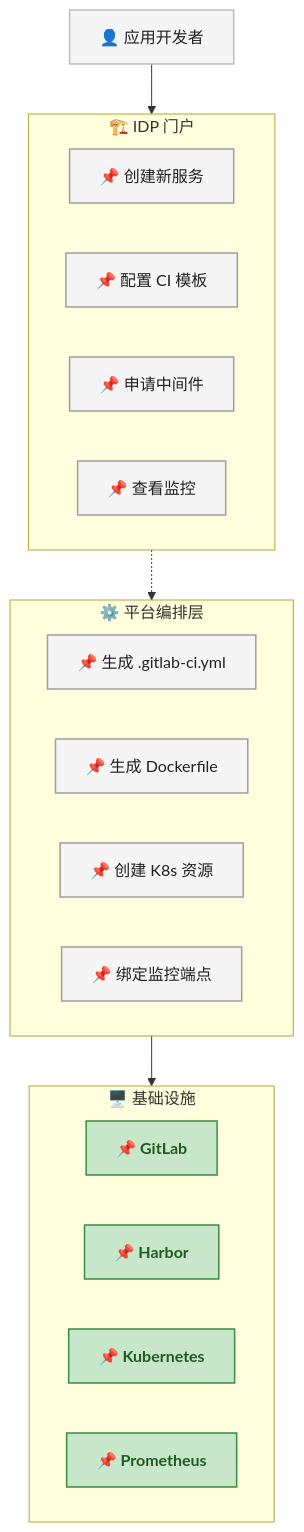
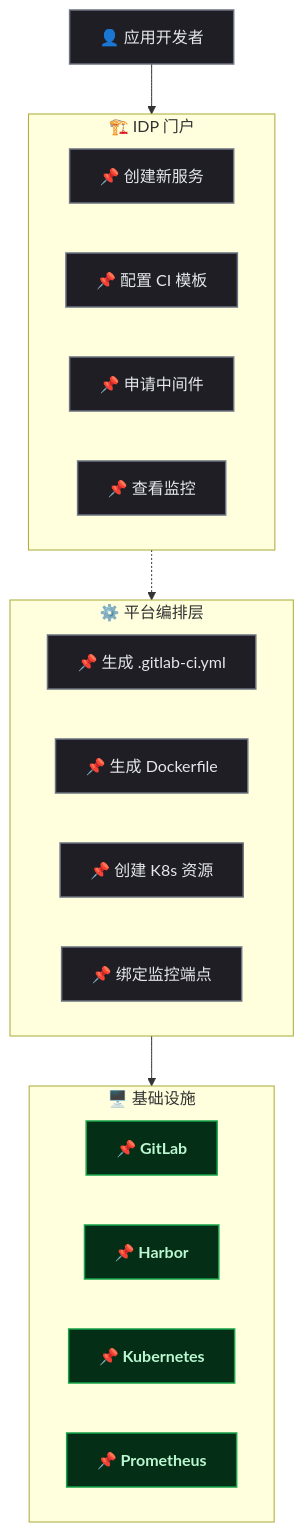
One commit to yaocat55/yaocat55.github.io changed the third of 4 diagrams in content/posts/cicd/DevPlatformMicroserviceCollaboration.md. Above: the diagram before and after it, drawn with Mermaid. The commit also changed other lines of this file and 155 other files, not shown here.

````diff
--- a/content/posts/cicd/DevPlatformMicroserviceCollaboration.md
+++ b/content/posts/cicd/DevPlatformMicroserviceCollaboration.md
@@ -319,28 +319,28 @@
 ```mermaid
 flowchart TD
     D1[👤 应用开发者]:::leaf --> Portal
     subgraph Portal["🏗️ IDP 门户"]
         P1[📌 创建新服务]:::process
         P2[📌 配置 CI 模板]:::process
         P3[📌 申请中间件]:::process
         P4[📌 查看监控]:::process
     end
     Portal -.-> Orchestrator
     subgraph Orchestrator["⚙️ 平台编排层"]
         O1[📌 生成 .gitlab-ci.yml]:::process
         O2[📌 生成 Dockerfile]:::process
         O3[📌 创建 K8s 资源]:::process
         O4[📌 绑定监控端点]:::process
     end
     Orchestrator --> Infra
     subgraph Infra["🖥️ 基础设施"]
         I1[📌 GitLab]:::data
         I2[📌 Harbor]:::data
         I3[📌 Kubernetes]:::data
         I4[📌 Prometheus]:::data
     end
 
-    classDef process fill:#F5F5F5,stroke:#9E9E9E,stroke-width:1.5px,color:#212121
-    classDef data fill:#C8E6C9,stroke:#388E3C,stroke-width:1.5px,color:#1B5E20,font-weight:bold
-    classDef leaf fill:#F5F5F5,stroke:#BDBDBD,stroke-width:1.5px,color:#212121
+classDef process fill:#1e1e24,stroke:#6b7280,stroke-width:1.5px,color:#e5e7eb;
+classDef data fill:#052e16,stroke:#16a34a,stroke-width:1.5px,color:#bbf7d0,font-weight:bold;
+classDef leaf fill:#1e1e24,stroke:#6b7280,stroke-width:1.5px,color:#e5e7eb;
 ```
````
